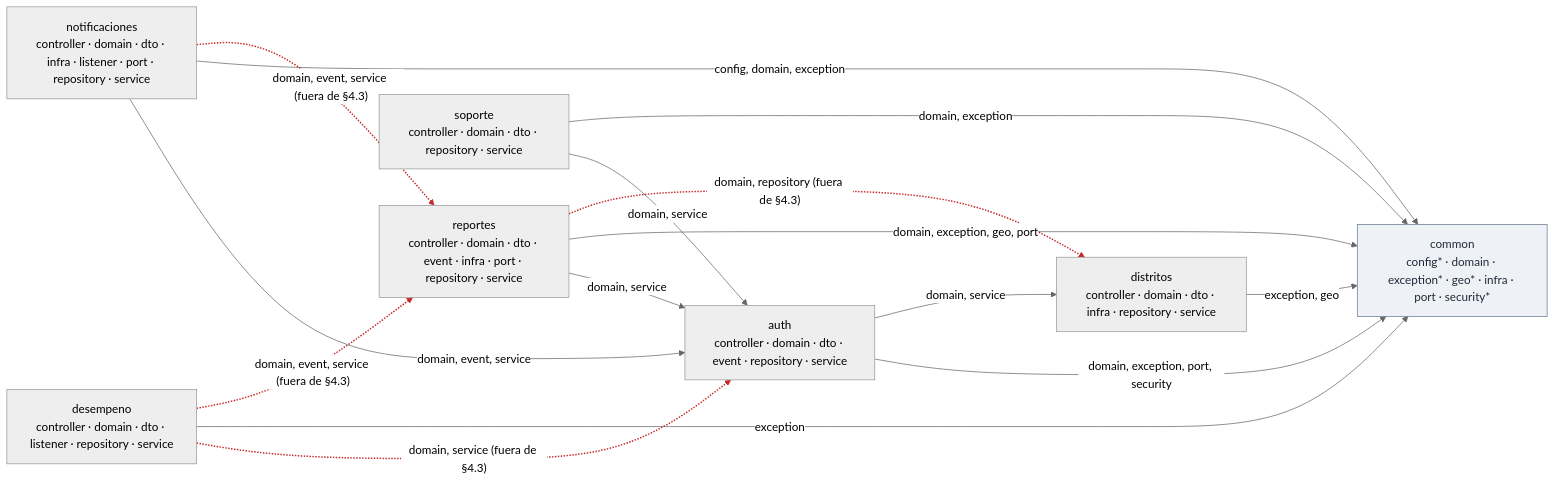
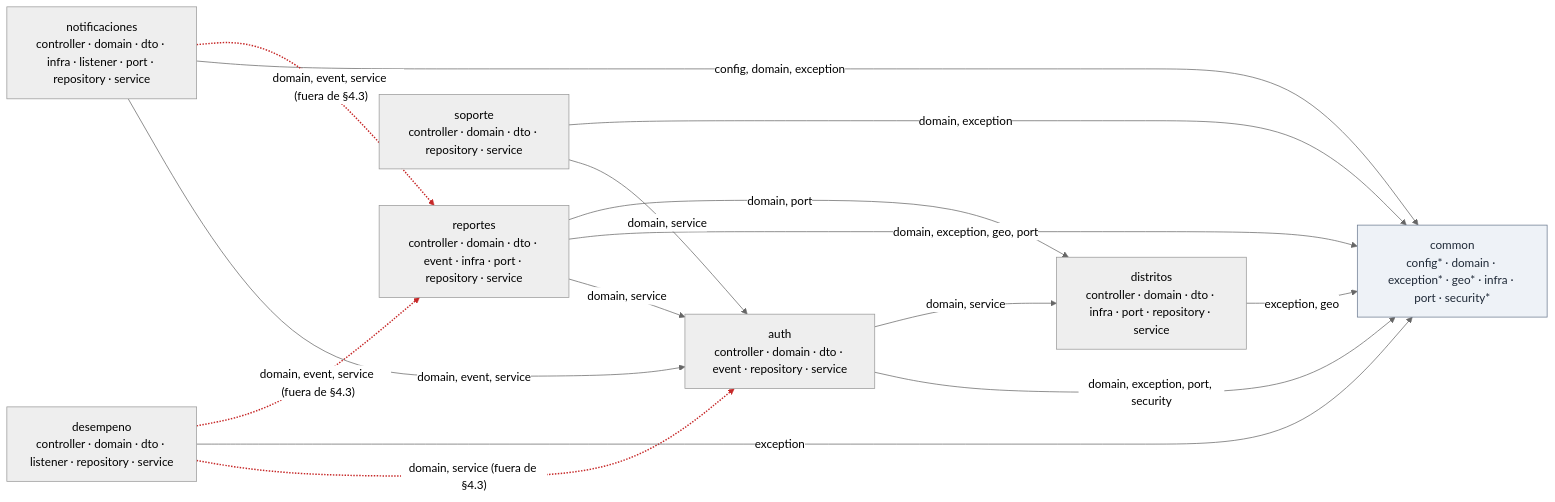
The first of 3 diagrams in docs/arquitectura/modulos.md (TP202620041/tesis), drawn with Mermaid (neutral theme) before and after one commit. The commit also changed other lines of this file, not shown here.

Commit message:
DOC: diagramas de arquitectura (reportes → distritos vía port tras BE-06)

````diff
--- a/docs/arquitectura/modulos.md
+++ b/docs/arquitectura/modulos.md
@@ -14,27 +14,27 @@
 ```mermaid
 flowchart LR
   m_auth["auth<br/>controller · domain · dto · event · repository · service"]
   m_common["common<br/>config* · domain · exception* · geo* · infra · port · security*"]
   m_desempeno["desempeno<br/>controller · domain · dto · listener · repository · service"]
-  m_distritos["distritos<br/>controller · domain · dto · infra · repository · service"]
+  m_distritos["distritos<br/>controller · domain · dto · infra · port · repository · service"]
   m_notificaciones["notificaciones<br/>controller · domain · dto · infra · listener · port · repository · service"]
   m_reportes["reportes<br/>controller · domain · dto · event · infra · port · repository · service"]
   m_soporte["soporte<br/>controller · domain · dto · repository · service"]
   m_auth -->|"domain, exception, port, security"| m_common
   m_auth -->|"domain, service"| m_distritos
   m_desempeno -.->|"domain, service (fuera de §4.3)"| m_auth
   m_desempeno -->|"exception"| m_common
   m_desempeno -.->|"domain, event, service (fuera de §4.3)"| m_reportes
   m_distritos -->|"exception, geo"| m_common
   m_notificaciones -->|"domain, event, service"| m_auth
   m_notificaciones -->|"config, domain, exception"| m_common
   m_notificaciones -.->|"domain, event, service (fuera de §4.3)"| m_reportes
   m_reportes -->|"domain, service"| m_auth
   m_reportes -->|"domain, exception, geo, port"| m_common
-  m_reportes -.->|"domain, repository (fuera de §4.3)"| m_distritos
+  m_reportes -->|"domain, port"| m_distritos
   m_soporte -->|"domain, service"| m_auth
   m_soporte -->|"domain, exception"| m_common
   classDef transversal fill:#eef2f7,stroke:#6b7a90,color:#1f2937
   class m_common transversal
-  linkStyle 2,4,8,11 stroke:#c62828,stroke-width:2px
+  linkStyle 2,4,8 stroke:#c62828,stroke-width:2px
 ```
````
